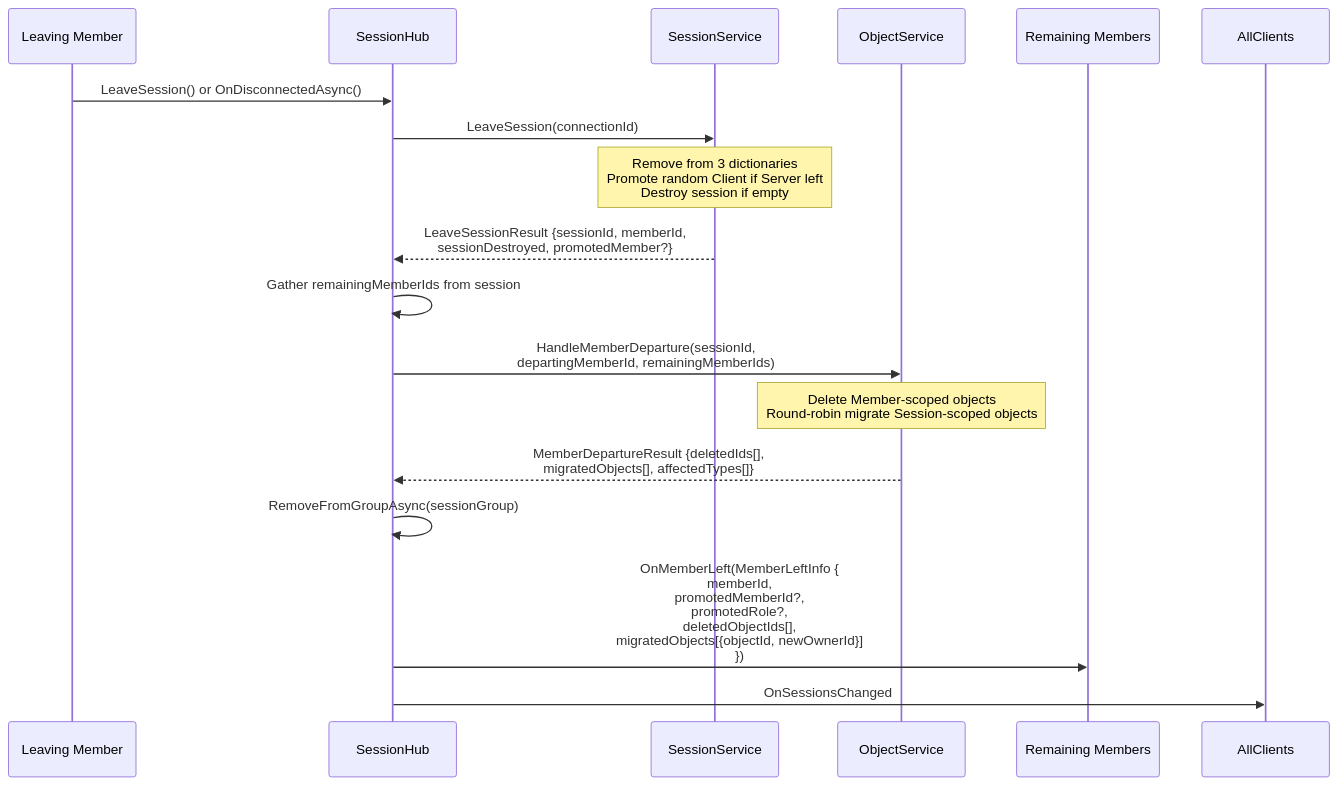
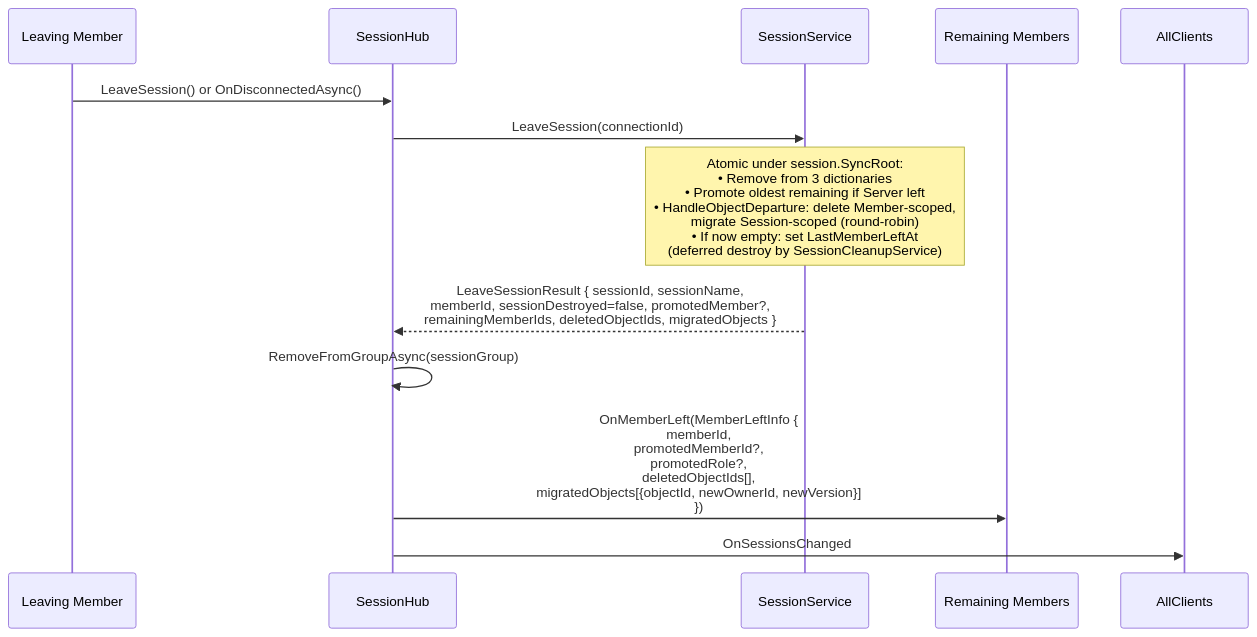
One commit to badvoidstar/asteroids changed diagram 12 of 33 in ARCHITECTURE.md. Above: the diagram before and after it, drawn with Mermaid. The commit also changed other lines of this file, not shown here.

First line of the commit message:
docs: update ARCHITECTURE.md to current code state

````diff
--- a/ARCHITECTURE.md
+++ b/ARCHITECTURE.md
@@ -326,24 +384,18 @@
 ```mermaid
 sequenceDiagram
     participant C as Leaving Member
     participant HUB as SessionHub
     participant SS as SessionService
-    participant OS as ObjectService
     participant REM as Remaining Members
     participant ALL as AllClients
 
     C->>HUB: LeaveSession() or OnDisconnectedAsync()
     HUB->>SS: LeaveSession(connectionId)
-    Note over SS: Remove from 3 dictionaries<br/>Promote random Client if Server left<br/>Destroy session if empty
-    SS-->>HUB: LeaveSessionResult {sessionId, memberId,<br/>sessionDestroyed, promotedMember?}
-
-    HUB->>HUB: Gather remainingMemberIds from session
-    HUB->>OS: HandleMemberDeparture(sessionId,<br/>departingMemberId, remainingMemberIds)
-    Note over OS: Delete Member-scoped objects<br/>Round-robin migrate Session-scoped objects
-    OS-->>HUB: MemberDepartureResult {deletedIds[],<br/>migratedObjects[], affectedTypes[]}
+    Note over SS: Atomic under session.SyncRoot:<br/>• Remove from 3 dictionaries<br/>• Promote oldest remaining if Server left<br/>• HandleObjectDeparture: delete Member-scoped,<br/>  migrate Session-scoped (round-robin)<br/>• If now empty: set LastMemberLeftAt<br/>  (deferred destroy by SessionCleanupService)
+    SS-->>HUB: LeaveSessionResult { sessionId, sessionName,<br/>memberId, sessionDestroyed=false, promotedMember?,<br/>remainingMemberIds, deletedObjectIds, migratedObjects }
 
     HUB->>HUB: RemoveFromGroupAsync(sessionGroup)
 
-    HUB->>REM: OnMemberLeft(MemberLeftInfo {<br/>  memberId,<br/>  promotedMemberId?,<br/>  promotedRole?,<br/>  deletedObjectIds[],<br/>  migratedObjects[{objectId, newOwnerId}]<br/>})
+    HUB->>REM: OnMemberLeft(MemberLeftInfo {<br/>  memberId,<br/>  promotedMemberId?,<br/>  promotedRole?,<br/>  deletedObjectIds[],<br/>  migratedObjects[{objectId, newOwnerId, newVersion}]<br/>})
     HUB->>ALL: OnSessionsChanged
 ```
````
